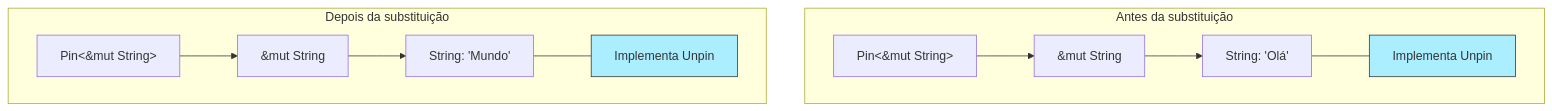
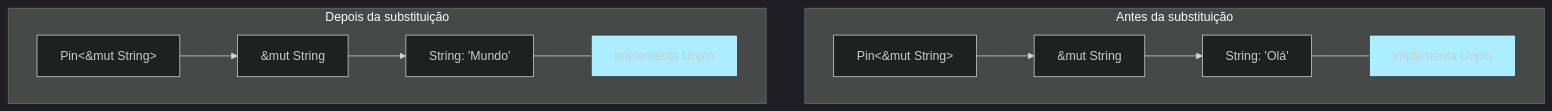
The sixth of 6 diagrams in RustBook/17  Async e Await/17.5 Um Olhar Mais Detalhado Sobre as Traits para Programação Assíncrona.md (MrTom9te/Article), drawn with Mermaid before and after one commit. The commit also changed other lines of this file and 1 other file, not shown here.

````diff
--- a/RustBook/17  Async e Await/17.5 Um Olhar Mais Detalhado Sobre as Traits para Programação Assíncrona.md
+++ b/RustBook/17  Async e Await/17.5 Um Olhar Mais Detalhado Sobre as Traits para Programação Assíncrona.md
@@ -223,18 +228,19 @@
 ```mermaid
+%%{init: {'theme':'dark'}}%%
 flowchart TD
     subgraph "Antes da substituição"
         A1["Pin<&mut String>"] --> B1["&mut String"]
         B1 --> C1["String: 'Olá'"]
         C1 --- D1["Implementa Unpin"]
         D1:::unpin
     end
     
     subgraph "Depois da substituição"
         A2["Pin<&mut String>"] --> B2["&mut String"]
         B2 --> C2["String: 'Mundo'"]
         C2 --- D2["Implementa Unpin"]
         D2:::unpin
     end
     
     classDef unpin fill:#aef,stroke:#333,stroke-width:1px
 ```
````
